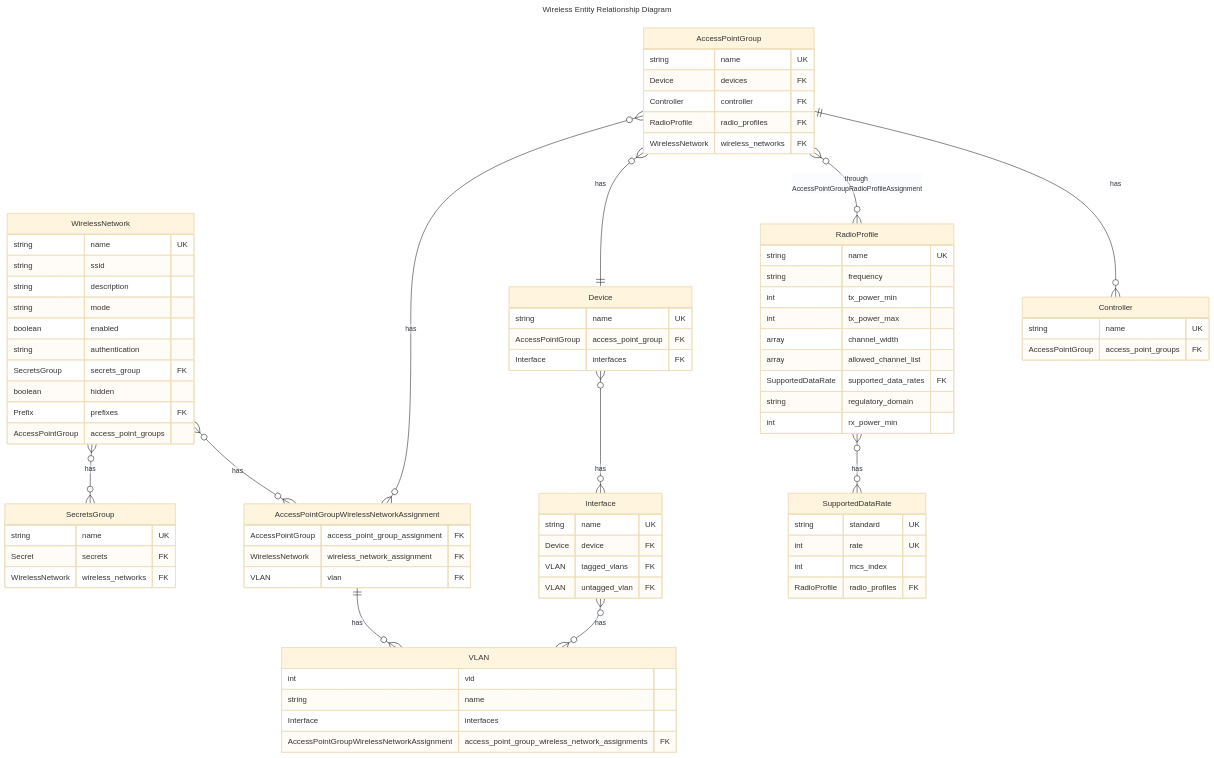
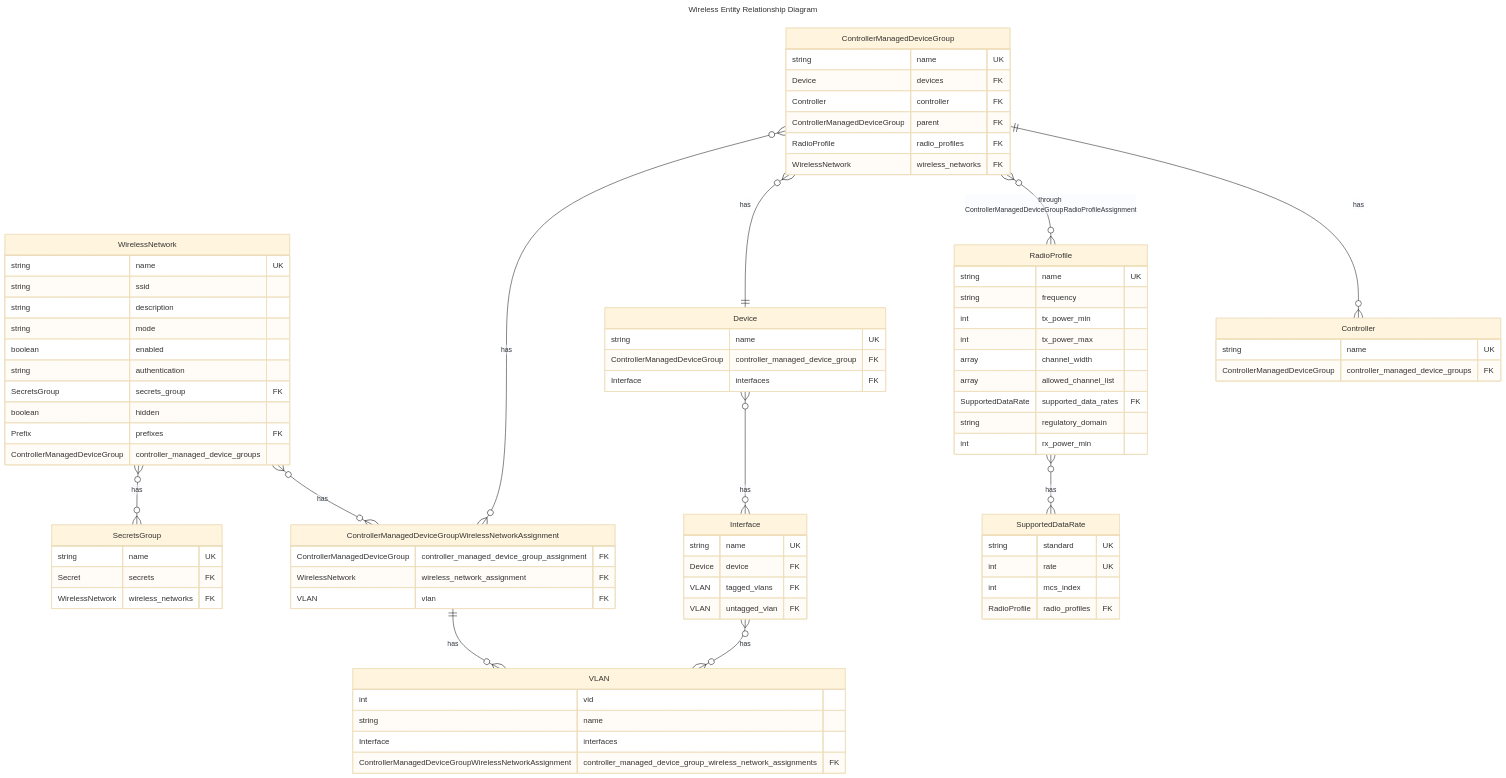
Before and after one commit to nautobot/nautobot: the diagram in nautobot/docs/user-guide/core-data-model/wireless/index.md, drawn with Mermaid (base theme). The commit also changed 48 other files, not shown here.

Commit message:
Replace AccessPointGroup with ControllerManagedDeviceGroup

```diff
--- a/nautobot/docs/user-guide/core-data-model/wireless/index.md
+++ b/nautobot/docs/user-guide/core-data-model/wireless/index.md
@@ -17,10 +17,11 @@
 title: Wireless Entity Relationship Diagram
 ---
 erDiagram
-    AccessPointGroup {
+    ControllerManagedDeviceGroup {
         string name UK
         Device devices FK
         Controller controller FK
+        ControllerManagedDeviceGroup parent FK
         RadioProfile radio_profiles FK
         WirelessNetwork wireless_networks FK
     }
@@ -35,7 +36,7 @@
         SecretsGroup secrets_group FK
         boolean hidden
         Prefix prefixes FK
-        AccessPointGroup access_point_groups
+        ControllerManagedDeviceGroup controller_managed_device_groups
     }
 
     SupportedDataRate {
@@ -59,7 +60,7 @@
 
     Device {
         string name UK
-        AccessPointGroup access_point_group FK
+        ControllerManagedDeviceGroup controller_managed_device_group FK
         Interface interfaces FK
     }
 
@@ -70,8 +71,8 @@
         VLAN untagged_vlan FK
     }
 
-    AccessPointGroupWirelessNetworkAssignment {
-        AccessPointGroup access_point_group_assignment FK
+    ControllerManagedDeviceGroupWirelessNetworkAssignment {
+        ControllerManagedDeviceGroup controller_managed_device_group_assignment FK
         WirelessNetwork wireless_network_assignment FK
         VLAN vlan FK
     }
@@ -80,11 +81,11 @@
         int vid
         string name
         Interface interfaces
-        AccessPointGroupWirelessNetworkAssignment access_point_group_wireless_network_assignments FK
+        ControllerManagedDeviceGroupWirelessNetworkAssignment controller_managed_device_group_wireless_network_assignments FK
     }
     Controller {
         string name UK
-        AccessPointGroup access_point_groups FK
+        ControllerManagedDeviceGroup controller_managed_device_groups FK
     }
     SecretsGroup {
         string name UK
@@ -93,13 +94,13 @@
     }
     
 
-    AccessPointGroup ||--o{ Controller : has
-    AccessPointGroup }o--o{ RadioProfile : "through AccessPointGroupRadioProfileAssignment"
-    AccessPointGroup }o--|| Device : "has"
-    AccessPointGroup }o--o{ AccessPointGroupWirelessNetworkAssignment : has
-    WirelessNetwork }o--o{ AccessPointGroupWirelessNetworkAssignment : has
+    ControllerManagedDeviceGroup ||--o{ Controller : has
+    ControllerManagedDeviceGroup }o--o{ RadioProfile : "through ControllerManagedDeviceGroupRadioProfileAssignment"
+    ControllerManagedDeviceGroup }o--|| Device : "has"
+    ControllerManagedDeviceGroup }o--o{ ControllerManagedDeviceGroupWirelessNetworkAssignment : has
+    WirelessNetwork }o--o{ ControllerManagedDeviceGroupWirelessNetworkAssignment : has
     WirelessNetwork }o--o{ SecretsGroup : has
-    AccessPointGroupWirelessNetworkAssignment ||--o{ VLAN : has
+    ControllerManagedDeviceGroupWirelessNetworkAssignment ||--o{ VLAN : has
 
     RadioProfile }o--o{ SupportedDataRate : has
 
```
